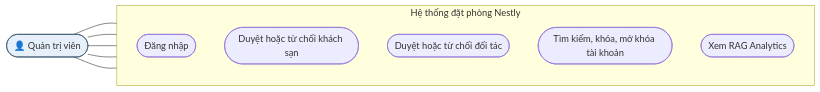
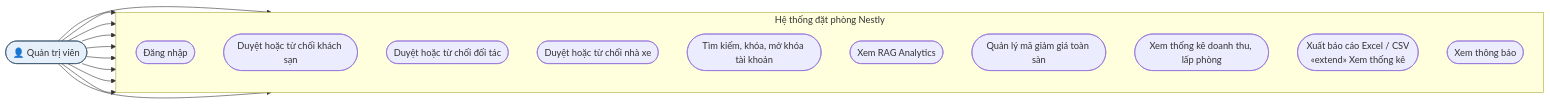
The fourth of 6 diagrams in docs/mermaid-bao-cao.md (Guarz/010100086404-DoAnChuyenNganh), drawn with Mermaid before and after one commit. The commit also changed other lines of this file and 87 other files, not shown here.

First line of the commit message:
Embedding Ollama bge-m3, yêu thích, mã giảm giá, MoMo, thông báo, thống kê, xuất báo cáo; chatbot hiểu xe đưa đón và tỉnh

````diff
--- a/docs/mermaid-bao-cao.md
+++ b/docs/mermaid-bao-cao.md
@@ -76,19 +94,29 @@
 ```mermaid
 flowchart LR
     A(["👤 Quản trị viên"])
     subgraph S["Hệ thống đặt phòng Nestly"]
         direction TB
         U0(["Đăng nhập"])
         U1(["Duyệt hoặc từ chối khách sạn"])
         U2(["Duyệt hoặc từ chối đối tác"])
+        U5(["Duyệt hoặc từ chối nhà xe"])
         U3(["Tìm kiếm, khóa, mở khóa tài khoản"])
         U4(["Xem RAG Analytics"])
+        U6(["Quản lý mã giảm giá toàn sàn"])
+        U7(["Xem thống kê doanh thu, lấp phòng"])
+        U8(["Xuất báo cáo Excel / CSV<br/>«extend» Xem thống kê"])
+        U9(["Xem thông báo"])
     end
-    A --- U0
-    A --- U1
-    A --- U2
-    A --- U3
-    A --- U4
+    A --> U0
+    A --> U1
+    A --> U2
+    A --> U5
+    A --> U3
+    A --> U4
+    A --> U6
+    A --> U7
+    A --> U8
+    A --> U9
 
     style A fill:#e6f0fa,stroke:#37526b
 ```
````
